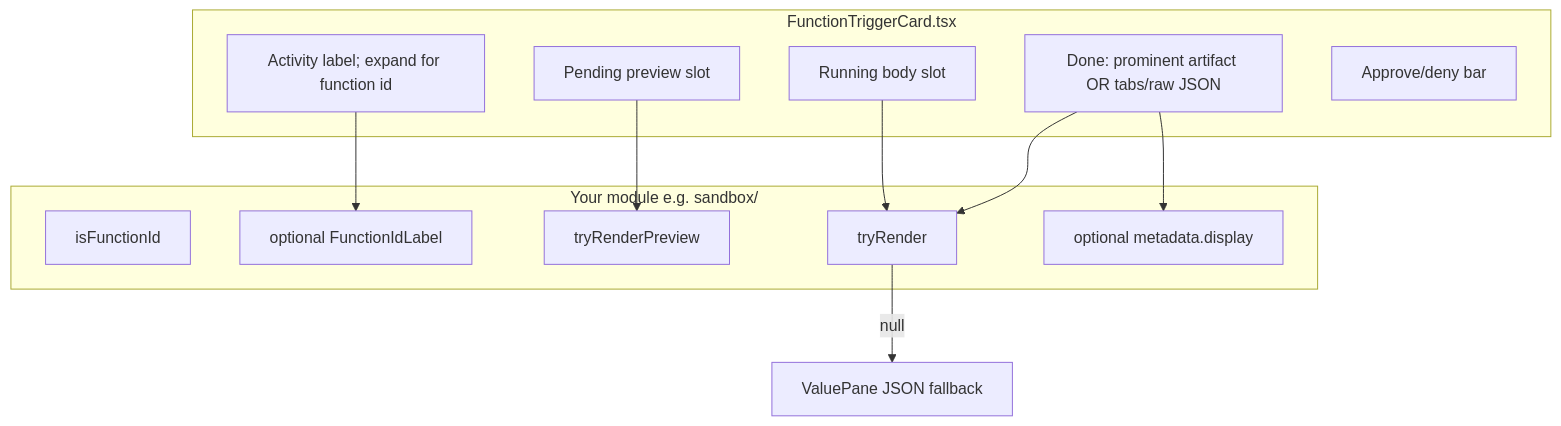
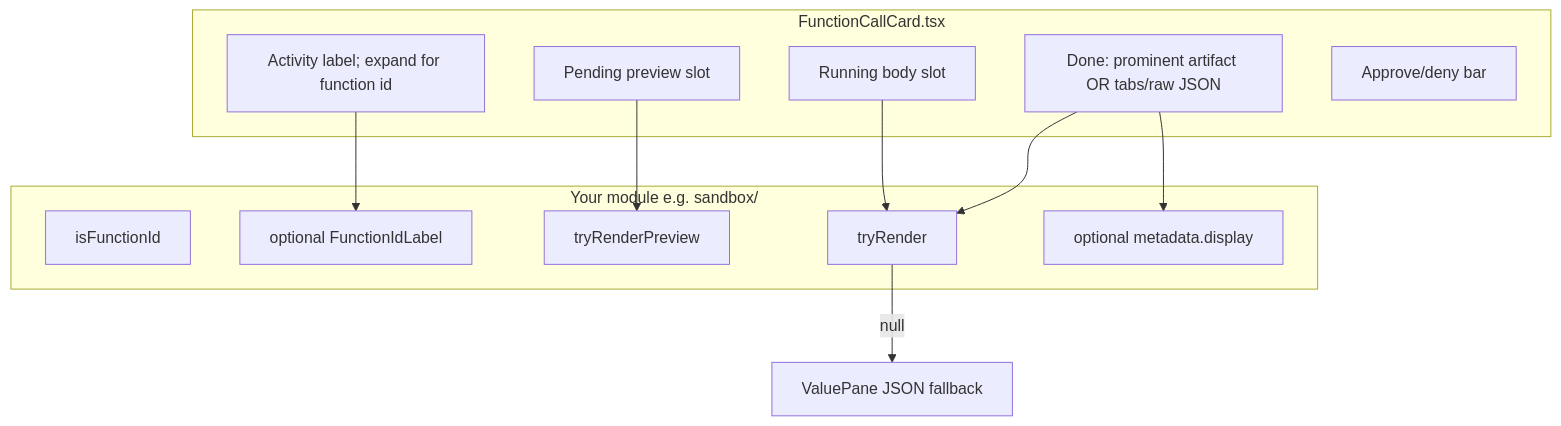
Before and after one commit to iii-hq/workers: the diagram in ade/web/docs/custom-function-components.md, drawn with Mermaid. The commit also changed other lines of this file and 11 other files, not shown here.

````diff
--- a/ade/web/docs/custom-function-components.md
+++ b/ade/web/docs/custom-function-components.md
@@ -29,23 +30,23 @@
 ```mermaid
 flowchart TB
-  subgraph host [FunctionTriggerCard.tsx]
+  subgraph host [FunctionCallCard.tsx]
     H[Activity label; expand for function id]
     P[Pending preview slot]
     R[Running body slot]
     D[Done: prominent artifact OR tabs/raw JSON]
     A[Approve/deny bar]
   end
   subgraph plugin [Your module e.g. sandbox/]
     ID[isFunctionId]
     TR[tryRender]
     TP[tryRenderPreview]
     HL[optional FunctionIdLabel]
     MD[optional metadata.display]
   end
   H --> HL
   P --> TP
   R --> TR
   D --> TR
   D --> MD
   TR -->|null| JSON[ValuePane JSON fallback]
 ```
````
